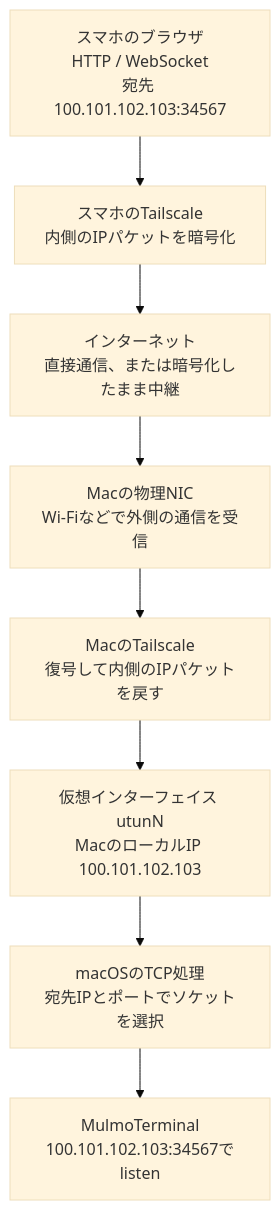
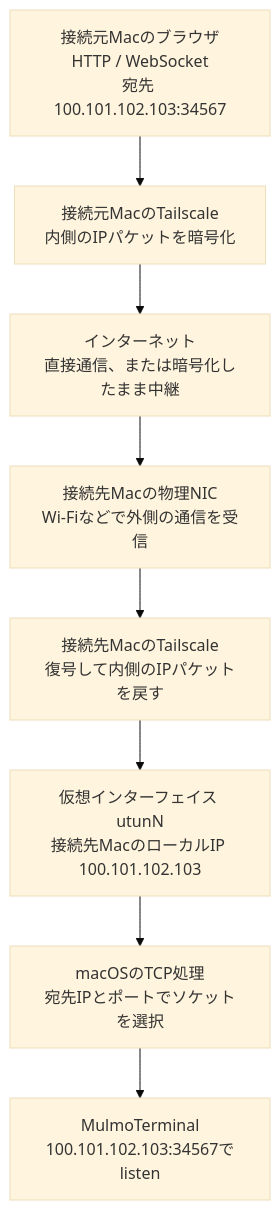
Before and after one commit to susumutomita/zenn-article: the first of 6 diagrams in articles/tailscale-mulmoterminal-network.md, drawn with Mermaid (base theme). The commit also changed other lines of this file, not shown here.

````diff
--- a/articles/tailscale-mulmoterminal-network.md
+++ b/articles/tailscale-mulmoterminal-network.md
@@ -32,12 +38,12 @@
 ```mermaid
 flowchart TD
-  A["スマホのブラウザ<br/>HTTP / WebSocket<br/>宛先 100.101.102.103:34567"]
-  B["スマホのTailscale<br/>内側のIPパケットを暗号化"]
+  A["接続元Macのブラウザ<br/>HTTP / WebSocket<br/>宛先 100.101.102.103:34567"]
+  B["接続元MacのTailscale<br/>内側のIPパケットを暗号化"]
   C["インターネット<br/>直接通信、または暗号化したまま中継"]
-  D["Macの物理NIC<br/>Wi-Fiなどで外側の通信を受信"]
-  E["MacのTailscale<br/>復号して内側のIPパケットを戻す"]
-  F["仮想インターフェイス utunN<br/>MacのローカルIP 100.101.102.103"]
+  D["接続先Macの物理NIC<br/>Wi-Fiなどで外側の通信を受信"]
+  E["接続先MacのTailscale<br/>復号して内側のIPパケットを戻す"]
+  F["仮想インターフェイス utunN<br/>接続先MacのローカルIP 100.101.102.103"]
   G["macOSのTCP処理<br/>宛先IPとポートでソケットを選択"]
   H["MulmoTerminal<br/>100.101.102.103:34567でlisten"]
   A --> B --> C --> D --> E --> F --> G --> H
 ```
````
